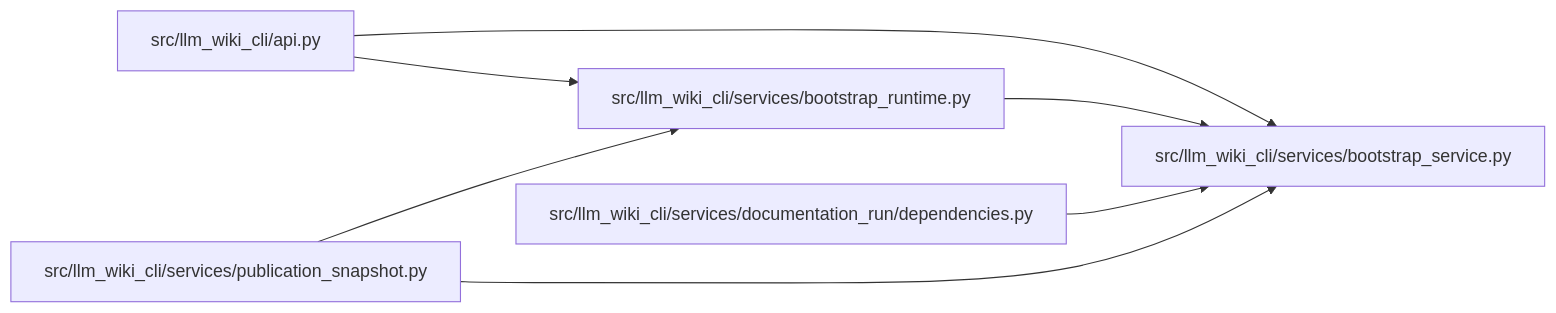
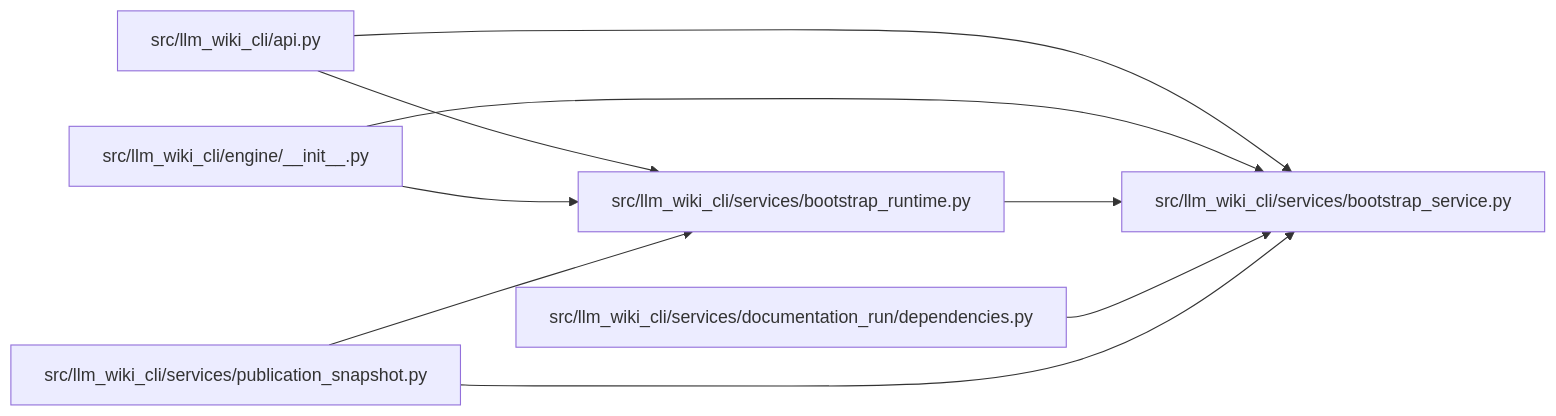
One commit to Denissvgn/python-wiki-llm changed the diagram in docs/llm_wiki/modules/bootstrap_service.md. Above: the diagram before and after it, drawn with Mermaid. The commit also changed other lines of this file and 1555 other files, not shown here.

First line of the commit message:
docs: refresh the wiki for the engine layer

````diff
--- a/docs/llm_wiki/modules/bootstrap_service.md
+++ b/docs/llm_wiki/modules/bootstrap_service.md
@@ -21,19 +21,23 @@
 ```mermaid
 flowchart LR
     n0["src/llm_wiki_cli/api.py"]
-    n1["src/llm_wiki_cli/services/bootstrap_runtime.py"]
-    n2["src/llm_wiki_cli/services/bootstrap_service.py"]
-    n3["src/llm_wiki_cli/services/documentation_run/dependencies.py"]
-    n4["src/llm_wiki_cli/services/publication_snapshot.py"]
-    n0 --> n1
+    n1["src/llm_wiki_cli/engine/__init__.py"]
+    n2["src/llm_wiki_cli/services/bootstrap_runtime.py"]
+    n3["src/llm_wiki_cli/services/bootstrap_service.py"]
+    n4["src/llm_wiki_cli/services/documentation_run/dependencies.py"]
+    n5["src/llm_wiki_cli/services/publication_snapshot.py"]
     n0 --> n2
+    n0 --> n3
     n1 --> n2
-    n3 --> n2
-    n4 --> n1
-    n4 --> n2
+    n1 --> n3
+    n2 --> n3
+    n4 --> n3
+    n5 --> n2
+    n5 --> n3
     click n0 "../modules/api.md"
-    click n1 "../modules/bootstrap_runtime.md"
-    click n2 "../modules/bootstrap_service.md"
-    click n3 "../modules/documentation_run_dependencies.md"
-    click n4 "../modules/publication_snapshot.md"
+    click n1 "../modules/engine___init__.md"
+    click n2 "../modules/bootstrap_runtime.md"
+    click n3 "../modules/bootstrap_service.md"
+    click n4 "../modules/documentation_run_dependencies.md"
+    click n5 "../modules/publication_snapshot.md"
 ```
````
